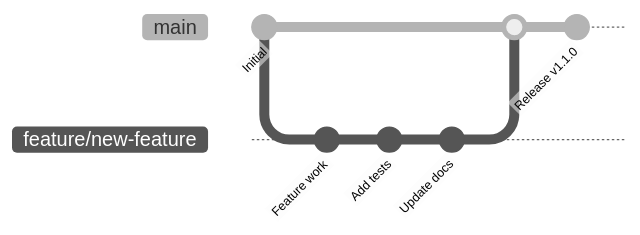
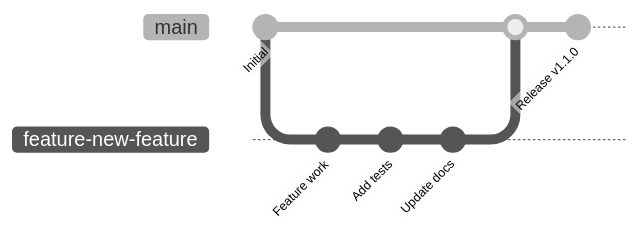
The seventh of 7 diagrams in README.md (aaryan182/Shodh-a-Code), drawn with Mermaid (neutral theme) before and after one commit. The commit also changed other lines of this file, not shown here.

````diff
--- a/README.md
+++ b/README.md
@@ -673,12 +673,12 @@
 ```mermaid
 gitGraph
     commit id: "Initial"
-    branch feature/new-feature
-    checkout feature/new-feature
+    branch feature-new-feature
+    checkout feature-new-feature
     commit id: "Feature work"
     commit id: "Add tests"
     commit id: "Update docs"
     checkout main
-    merge feature/new-feature
+    merge feature-new-feature
     commit id: "Release v1.1.0"
 ```
````
